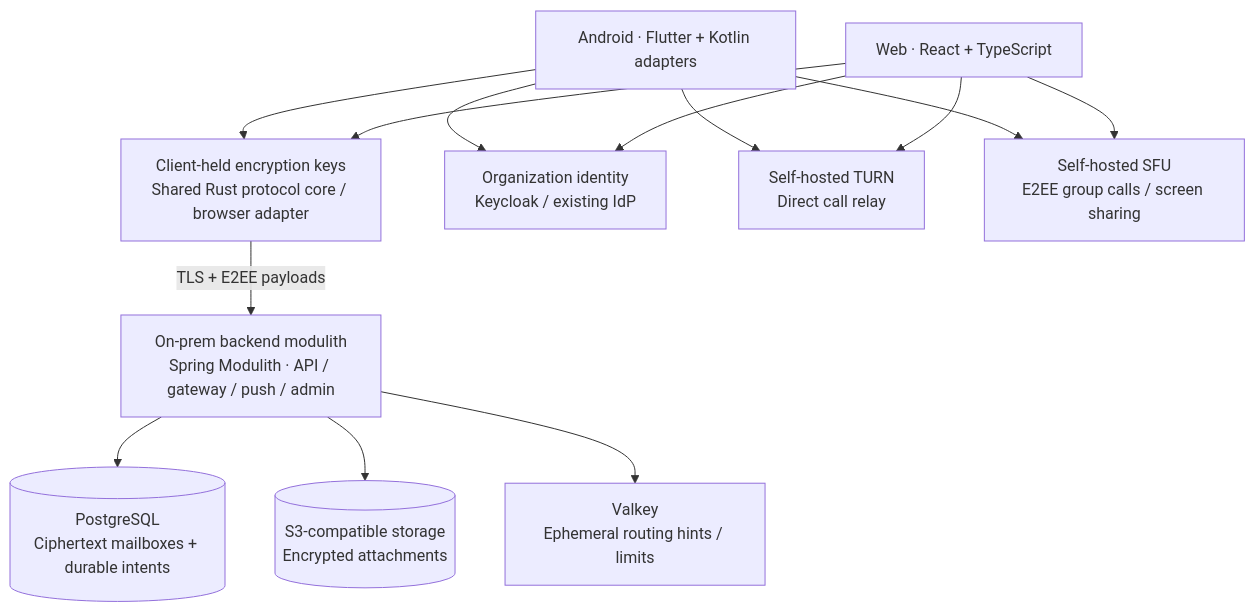
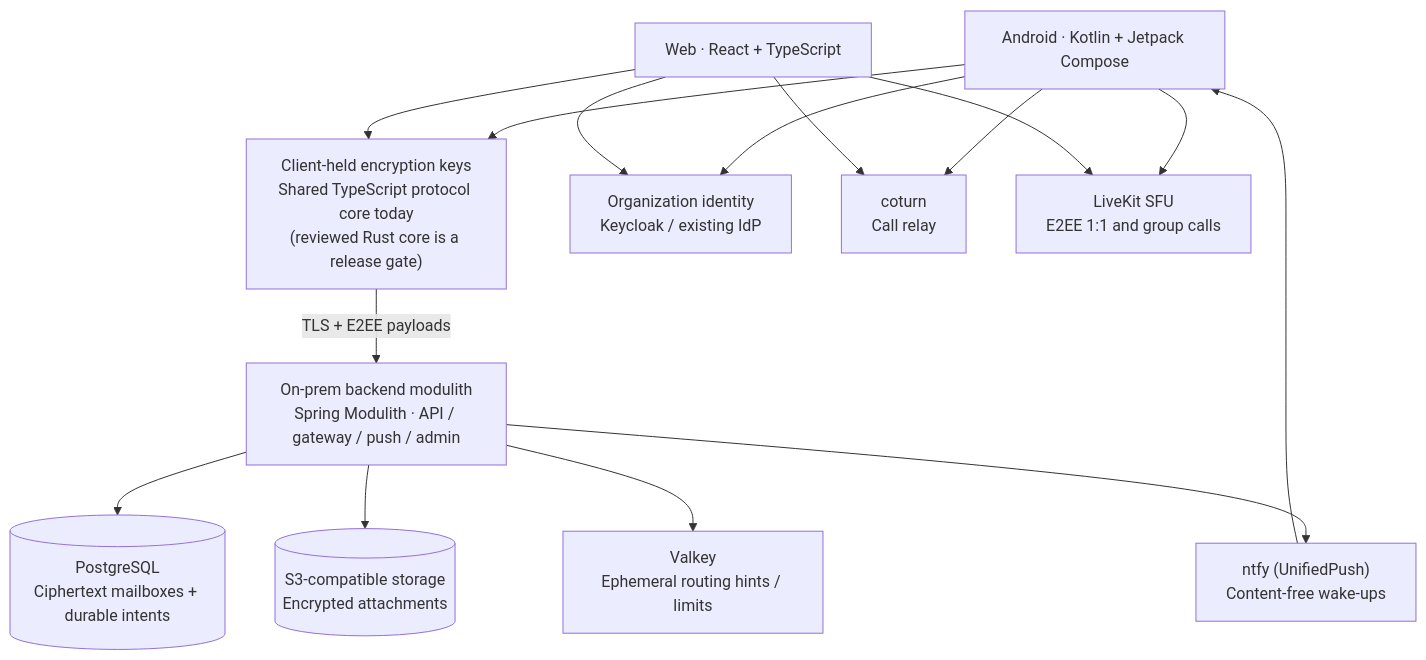
One commit to bogdancstrike/convo changed the diagram in README.md. Above: the diagram before and after it, drawn with Mermaid. The commit also changed other lines of this file and 4 other files, not shown here.

````diff
--- a/README.md
+++ b/README.md
@@ -215,19 +225,21 @@
 ```mermaid
 flowchart TB
-    A["Android · Flutter + Kotlin adapters"]
+    A["Android · Kotlin + Jetpack Compose"]
     W["Web · React + TypeScript"]
-    C["Client-held encryption keys<br/>Shared Rust protocol core / browser adapter"]
+    C["Client-held encryption keys<br/>Shared TypeScript protocol core today<br/>(reviewed Rust core is a release gate)"]
     B["On-prem backend modulith<br/>Spring Modulith · API / gateway / push / admin"]
     I["Organization identity<br/>Keycloak / existing IdP"]
     D[("PostgreSQL<br/>Ciphertext mailboxes + durable intents")]
     O[("S3-compatible storage<br/>Encrypted attachments")]
     V["Valkey<br/>Ephemeral routing hints / limits"]
-    T["Self-hosted TURN<br/>Direct call relay"]
-    S["Self-hosted SFU<br/>E2EE group calls / screen sharing"]
+    T["coturn<br/>Call relay"]
+    S["LiveKit SFU<br/>E2EE 1:1 and group calls"]
+    P["ntfy (UnifiedPush)<br/>Content-free wake-ups"]
     A --> C
     W --> C
     C -->|"TLS + E2EE payloads"| B
     A & W --> I
     B --> D & O & V
+    B --> P --> A
     A & W --> T & S
 ```
````
